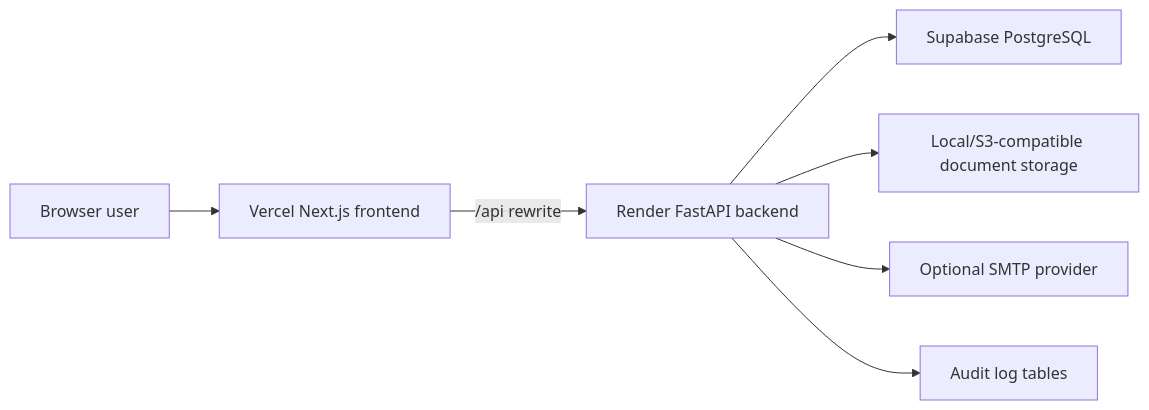
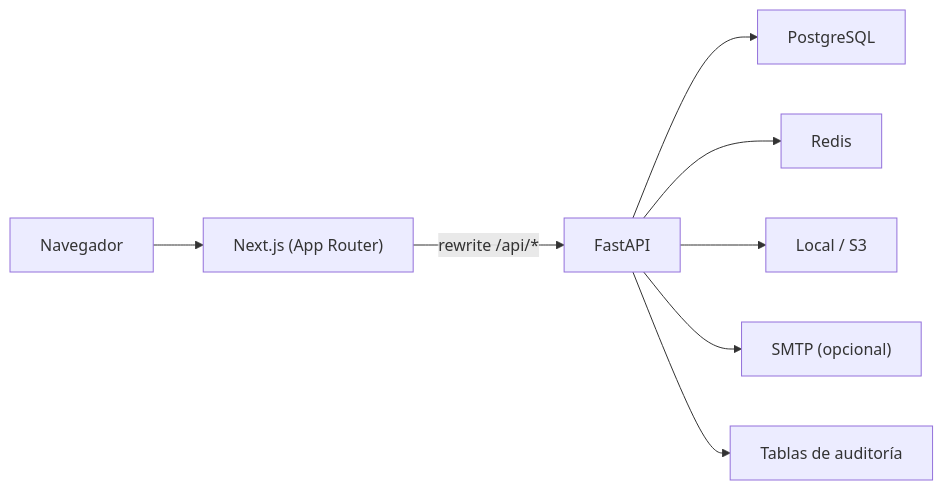
The diagram in README.md (ReneeeeeDev/quorum-grc), drawn with Mermaid before and after one commit. The commit also changed other lines of this file and 110 other files, not shown here.

````diff
--- a/README.md
+++ b/README.md
@@ -86,9 +103,10 @@
 ```mermaid
 flowchart LR
-  User["Browser user"] --> Vercel["Vercel Next.js frontend"]
-  Vercel -->|/api rewrite| Render["Render FastAPI backend"]
-  Render --> Supabase["Supabase PostgreSQL"]
-  Render --> Storage["Local/S3-compatible document storage"]
-  Render --> SMTP["Optional SMTP provider"]
-  Render --> Audit["Audit log tables"]
+  Browser["Navegador"] --> Next["Next.js (App Router)"]
+  Next -->|"rewrite /api/*"| API["FastAPI"]
+  API --> PG["PostgreSQL"]
+  API --> Redis["Redis"]
+  API --> Storage["Local / S3"]
+  API --> SMTP["SMTP (opcional)"]
+  API --> Audit["Tablas de auditoría"]
 ```
````
